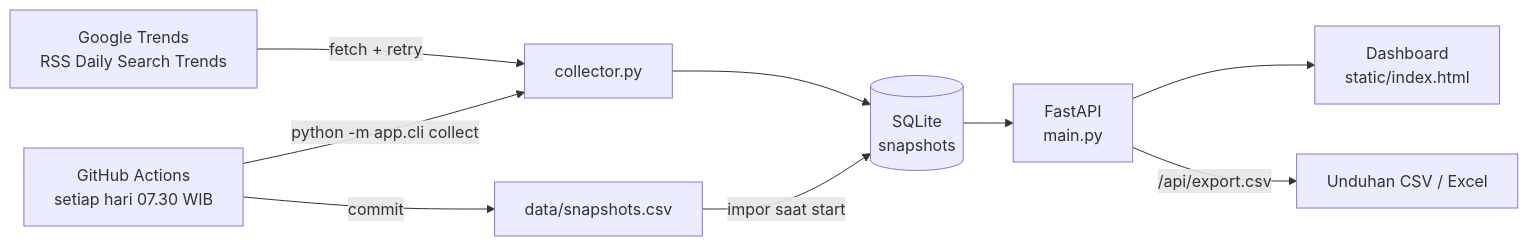
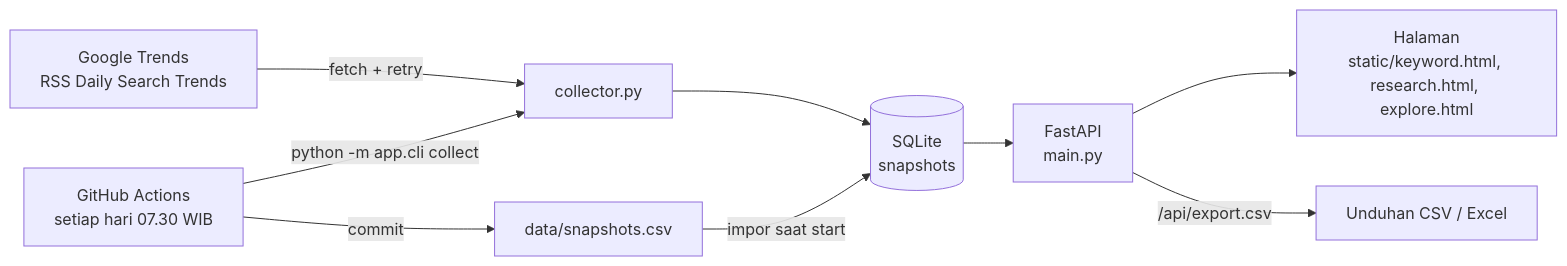
Before and after one commit to vtridz089/projek-google-trends: the first of 5 diagrams in docs/arsitektur.md, drawn with Mermaid. The commit also changed 9 other files, not shown here.

````diff
--- a/docs/arsitektur.md
+++ b/docs/arsitektur.md
@@ -9,11 +9,11 @@
 ```mermaid
 flowchart LR
     G[Google Trends<br/>RSS Daily Search Trends] -->|fetch + retry| C[collector.py]
     C --> D[(SQLite<br/>snapshots)]
     A[GitHub Actions<br/>setiap hari 07.30 WIB] -->|python -m app.cli collect| C
     A -->|commit| F[data/snapshots.csv]
     F -->|impor saat start| D
     D --> API[FastAPI<br/>main.py]
-    API --> UI[Dashboard<br/>static/index.html]
+    API --> UI[Halaman<br/>static/keyword.html, research.html, explore.html]
     API -->|/api/export.csv| X[Unduhan CSV / Excel]
 ```
````
